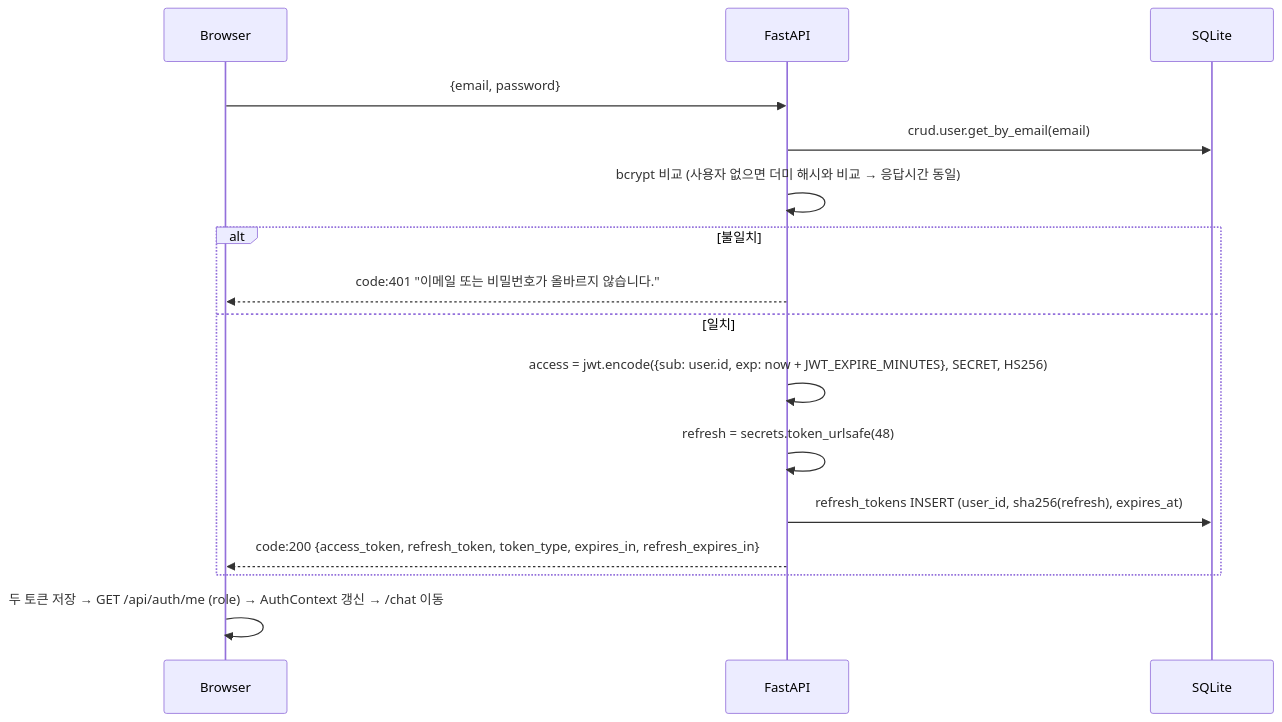
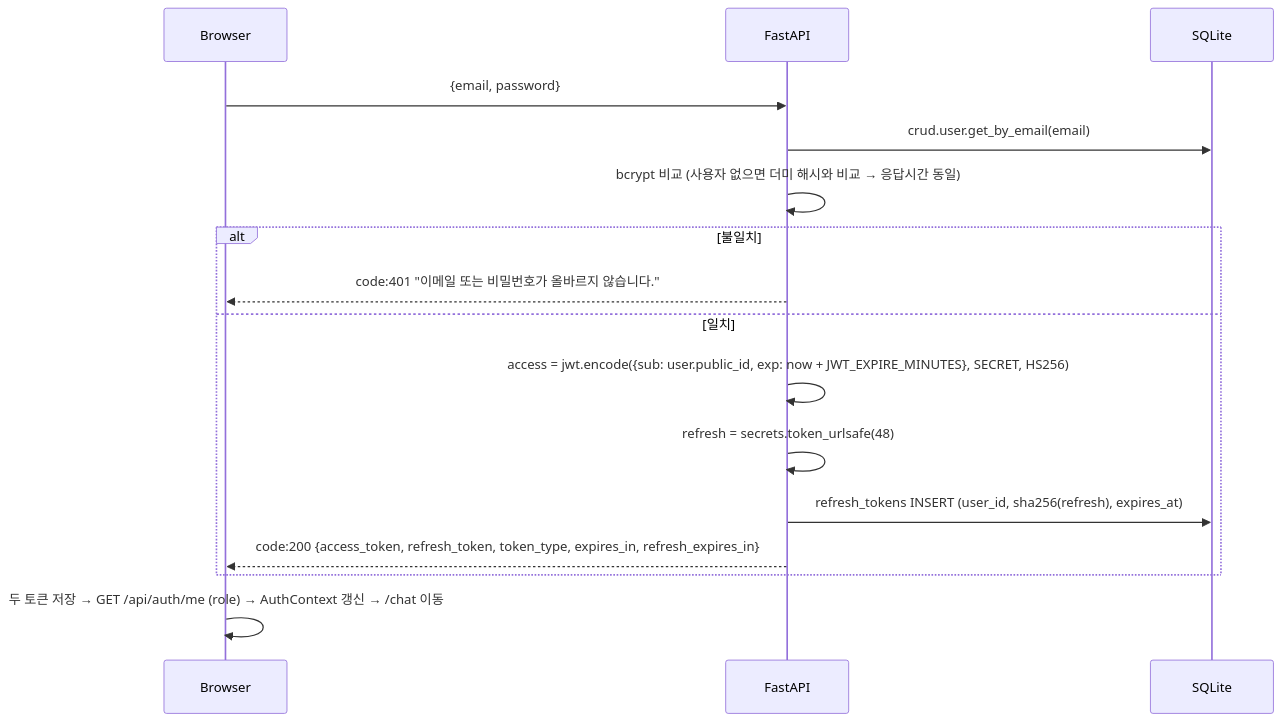
One commit to b7-1-chatbot-team/B7-1-chatbot changed the third of 6 diagrams in docs/02-architecture.md. Above: the diagram before and after it, drawn with Mermaid. The commit also changed other lines of this file and 2 other files, not shown here.

Commit message:
docs: JWT sub 를 public_id 로 바꾸고 회원가입·내 정보 응답에서 id 제거 반영 #99

````diff
--- a/docs/02-architecture.md
+++ b/docs/02-architecture.md
@@ -253,18 +253,18 @@
 ```mermaid
 sequenceDiagram
     participant B as Browser
     participant A as FastAPI
     participant D as SQLite
     B->>A: {email, password}
     A->>D: crud.user.get_by_email(email)
     A->>A: bcrypt 비교 (사용자 없으면 더미 해시와 비교 → 응답시간 동일)
     alt 불일치
         A-->>B: code:401 "이메일 또는 비밀번호가 올바르지 않습니다."
     else 일치
-        A->>A: access = jwt.encode({sub: user.id, exp: now + JWT_EXPIRE_MINUTES}, SECRET, HS256)
+        A->>A: access = jwt.encode({sub: user.public_id, exp: now + JWT_EXPIRE_MINUTES}, SECRET, HS256)
         A->>A: refresh = secrets.token_urlsafe(48)
         A->>D: refresh_tokens INSERT (user_id, sha256(refresh), expires_at)
         A-->>B: code:200 {access_token, refresh_token, token_type, expires_in, refresh_expires_in}
     end
     B->>B: 두 토큰 저장 → GET /api/auth/me (role) → AuthContext 갱신 → /chat 이동
 ```
````
